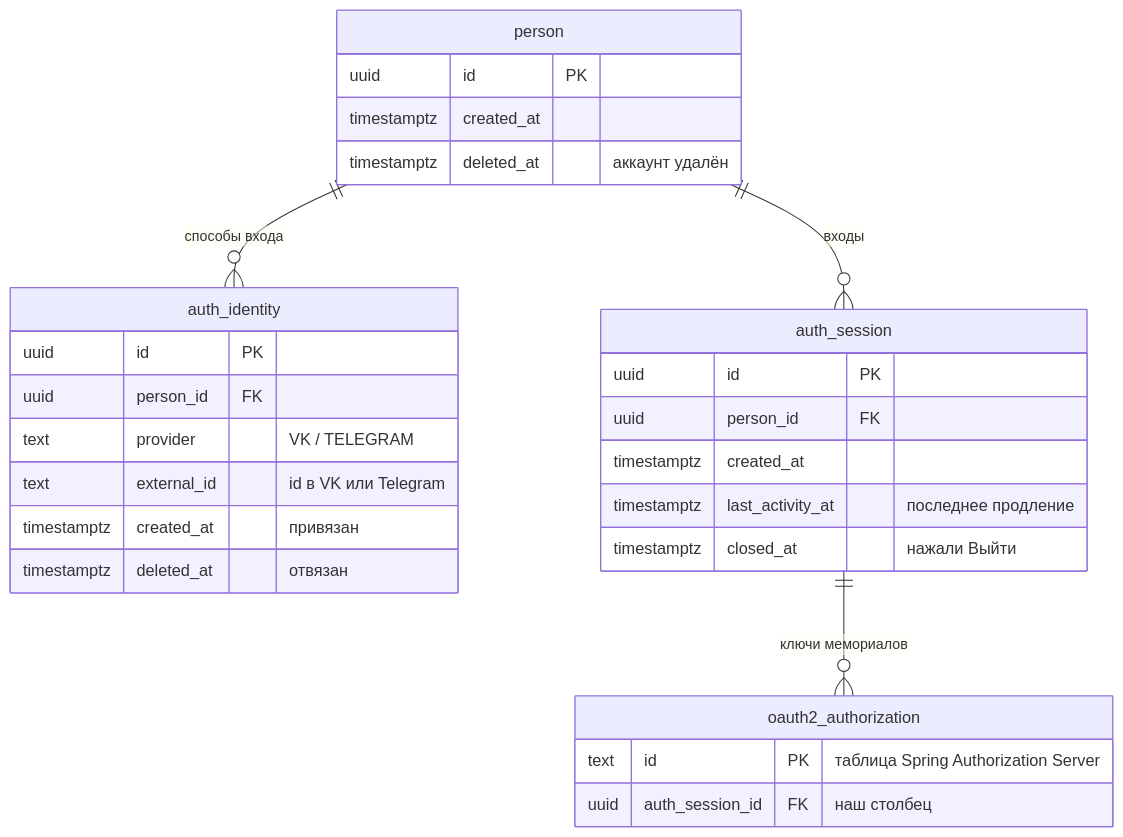
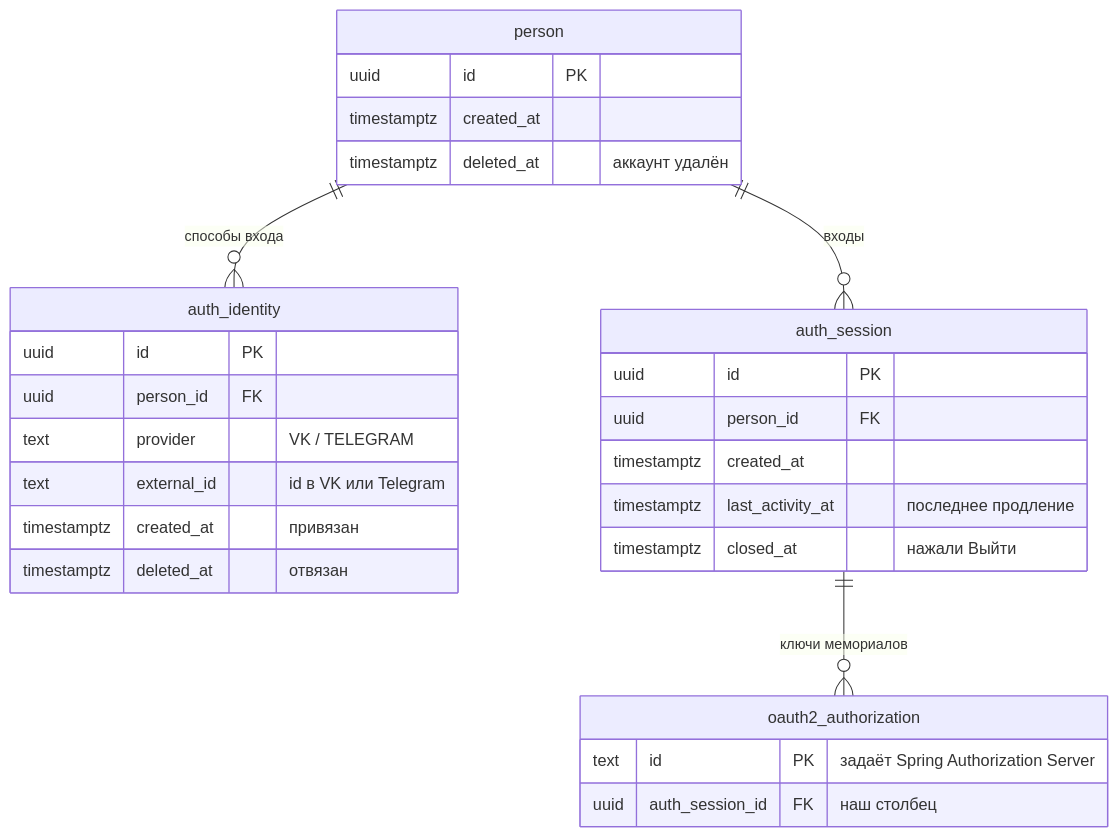
Before and after one commit to KiraKhvan/memory_docs: the first of 4 diagrams in domain_model/Access-schema.md, drawn with Mermaid. The commit also changed other lines of this file and 1 other file, not shown here.

Commit message:
Access schema: uuid id in every table, all references by id

````diff
--- a/domain_model/Access-schema.md
+++ b/domain_model/Access-schema.md
@@ -19,30 +20,30 @@
 ```mermaid
 erDiagram
     person ||--o{ auth_identity : "способы входа"
     person ||--o{ auth_session : "входы"
     auth_session ||--o{ oauth2_authorization : "ключи мемориалов"
     person {
         uuid id PK
         timestamptz created_at
         timestamptz deleted_at "аккаунт удалён"
     }
     auth_identity {
         uuid id PK
         uuid person_id FK
         text provider "VK / TELEGRAM"
         text external_id "id в VK или Telegram"
         timestamptz created_at "привязан"
         timestamptz deleted_at "отвязан"
     }
     auth_session {
         uuid id PK
         uuid person_id FK
         timestamptz created_at
         timestamptz last_activity_at "последнее продление"
         timestamptz closed_at "нажали Выйти"
     }
     oauth2_authorization {
-        text id PK "таблица Spring Authorization Server"
+        text id PK "задаёт Spring Authorization Server"
         uuid auth_session_id FK "наш столбец"
     }
 ```
````
